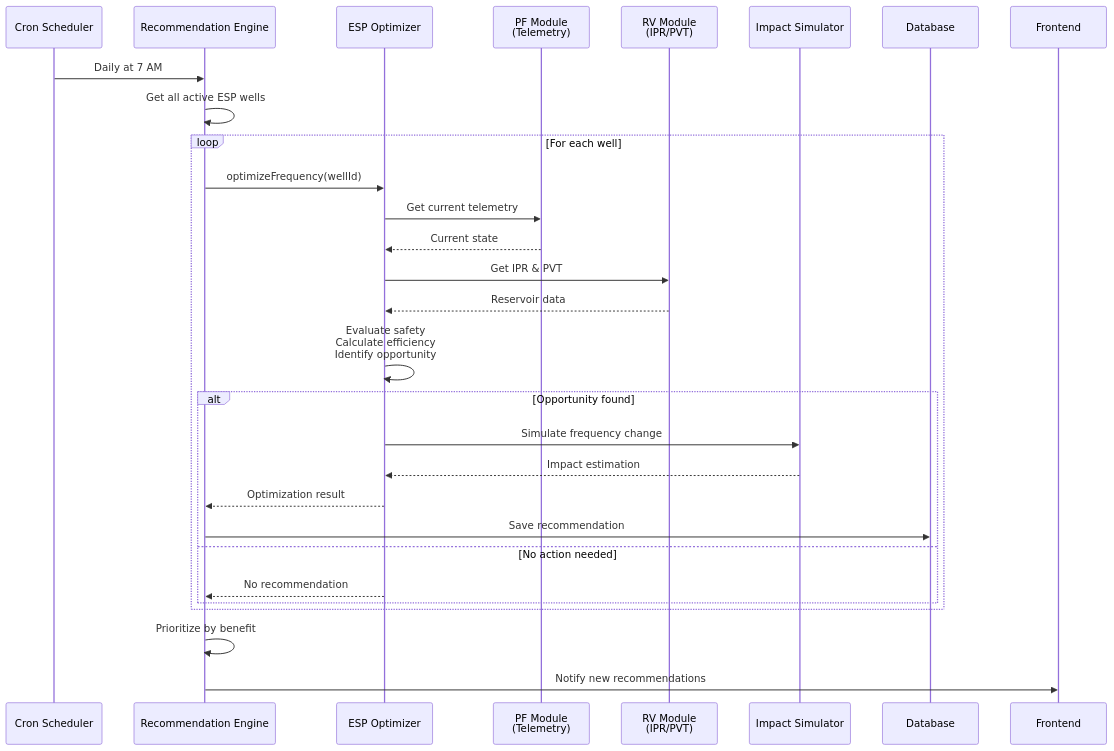
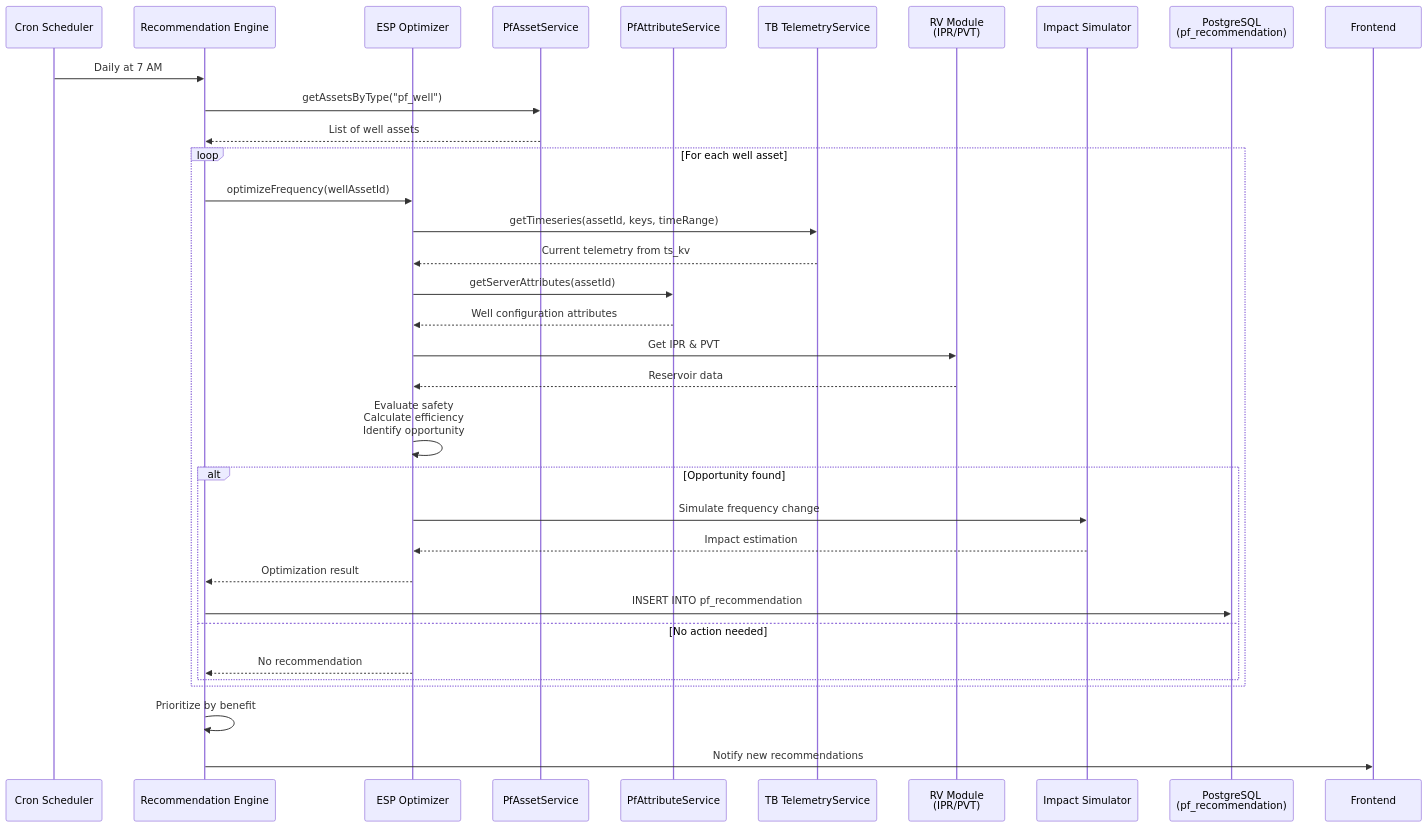
One commit to diazhh/nexus changed the tenth of 23 diagrams in dev/op/DIAGRAMS.md. Above: the diagram before and after it, drawn with Mermaid. The commit also changed other lines of this file and 109 other files, not shown here.

````diff
--- a/dev/op/DIAGRAMS.md
+++ b/dev/op/DIAGRAMS.md
@@ -315,36 +529,41 @@
 ```mermaid
 sequenceDiagram
     participant Scheduler as Cron Scheduler
     participant Engine as Recommendation Engine
     participant EspOpt as ESP Optimizer
-    participant PF as PF Module<br/>(Telemetry)
+    participant AssetSvc as PfAssetService
+    participant AttrSvc as PfAttributeService
+    participant TsSvc as TB TelemetryService
     participant RV as RV Module<br/>(IPR/PVT)
     participant Simulator as Impact Simulator
-    participant DB as Database
+    participant DB as PostgreSQL<br/>(pf_recommendation)
     participant UI as Frontend
-    
+
     Scheduler->>Engine: Daily at 7 AM
-    Engine->>Engine: Get all active ESP wells
-    
-    loop For each well
-        Engine->>EspOpt: optimizeFrequency(wellId)
-        EspOpt->>PF: Get current telemetry
-        PF-->>EspOpt: Current state
+    Engine->>AssetSvc: getAssetsByType("pf_well")
+    AssetSvc-->>Engine: List of well assets
+
+    loop For each well asset
+        Engine->>EspOpt: optimizeFrequency(wellAssetId)
+        EspOpt->>TsSvc: getTimeseries(assetId, keys, timeRange)
+        TsSvc-->>EspOpt: Current telemetry from ts_kv
+        EspOpt->>AttrSvc: getServerAttributes(assetId)
+        AttrSvc-->>EspOpt: Well configuration attributes
         EspOpt->>RV: Get IPR & PVT
         RV-->>EspOpt: Reservoir data
-        
+
         EspOpt->>EspOpt: Evaluate safety<br/>Calculate efficiency<br/>Identify opportunity
-        
+
         alt Opportunity found
             EspOpt->>Simulator: Simulate frequency change
             Simulator-->>EspOpt: Impact estimation
             EspOpt-->>Engine: Optimization result
-            Engine->>DB: Save recommendation
+            Engine->>DB: INSERT INTO pf_recommendation
         else No action needed
             EspOpt-->>Engine: No recommendation
         end
     end
-    
+
     Engine->>Engine: Prioritize by benefit
     Engine->>UI: Notify new recommendations
 ```
````
